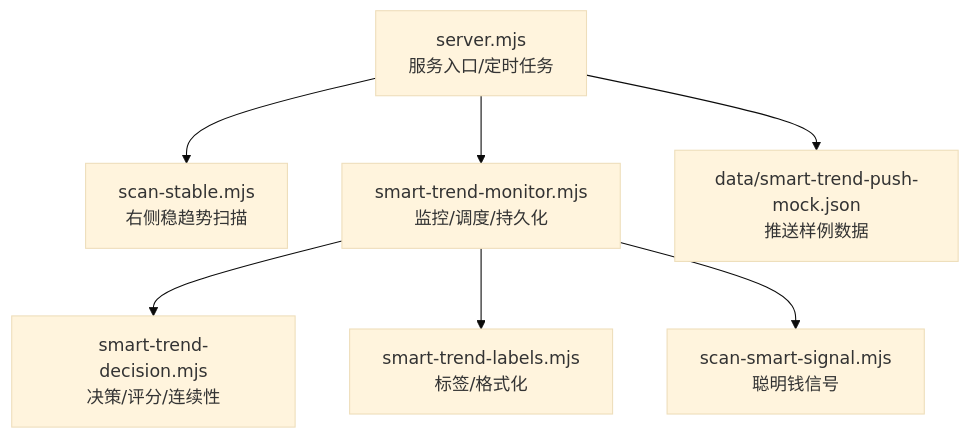
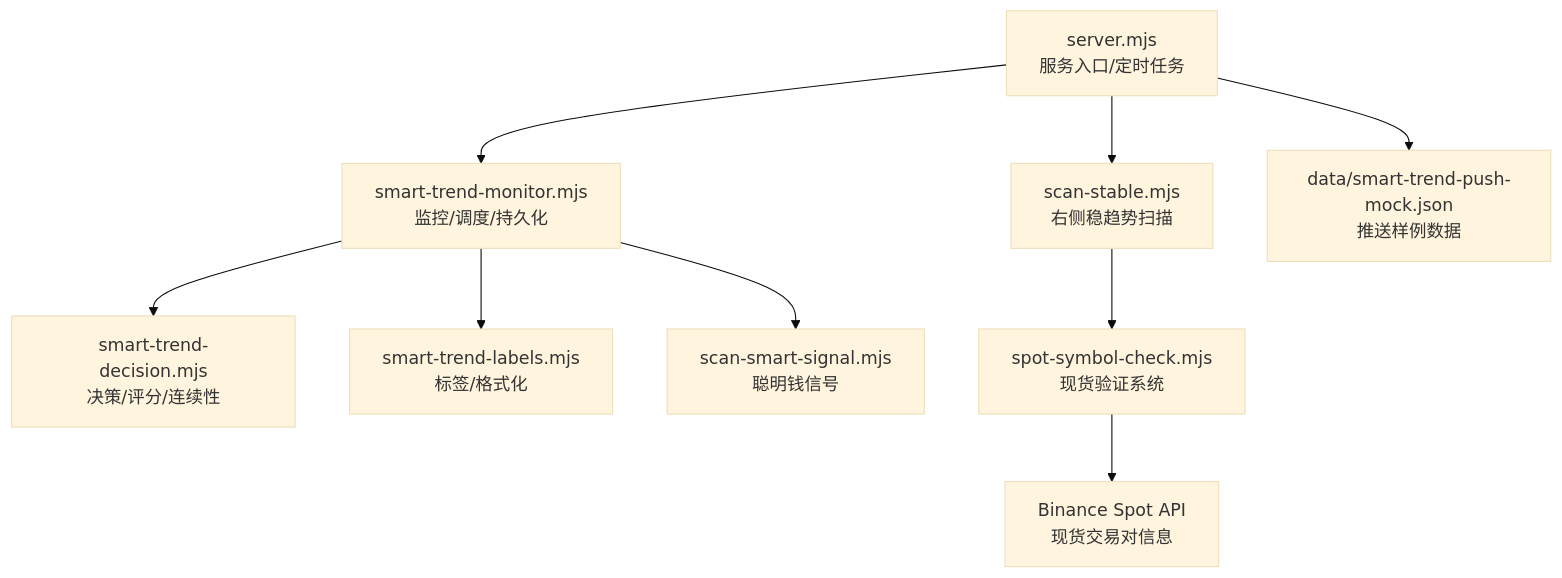
The first of 8 diagrams in .qoder/repowiki/zh/content/核心功能模块/稳趋势扫描策略.md (kekexilinan/BinaceSmart), drawn with Mermaid (base theme) before and after one commit. The commit also changed other lines of this file and 63 other files, not shown here.

````diff
--- a/.qoder/repowiki/zh/content/核心功能模块/稳趋势扫描策略.md
+++ b/.qoder/repowiki/zh/content/核心功能模块/稳趋势扫描策略.md
@@ -40,9 +51,11 @@
 ```mermaid
 graph TB
 A["server.mjs<br/>服务入口/定时任务"] --> B["scan-stable.mjs<br/>右侧稳趋势扫描"]
 A --> C["smart-trend-monitor.mjs<br/>监控/调度/持久化"]
 C --> D["smart-trend-decision.mjs<br/>决策/评分/连续性"]
 C --> E["smart-trend-labels.mjs<br/>标签/格式化"]
 C --> F["scan-smart-signal.mjs<br/>聪明钱信号"]
-A --> G["data/smart-trend-push-mock.json<br/>推送样例数据"]
+B --> G["spot-symbol-check.mjs<br/>现货验证系统"]
+A --> H["data/smart-trend-push-mock.json<br/>推送样例数据"]
+G --> I["Binance Spot API<br/>现货交易对信息"]
 ```
````
